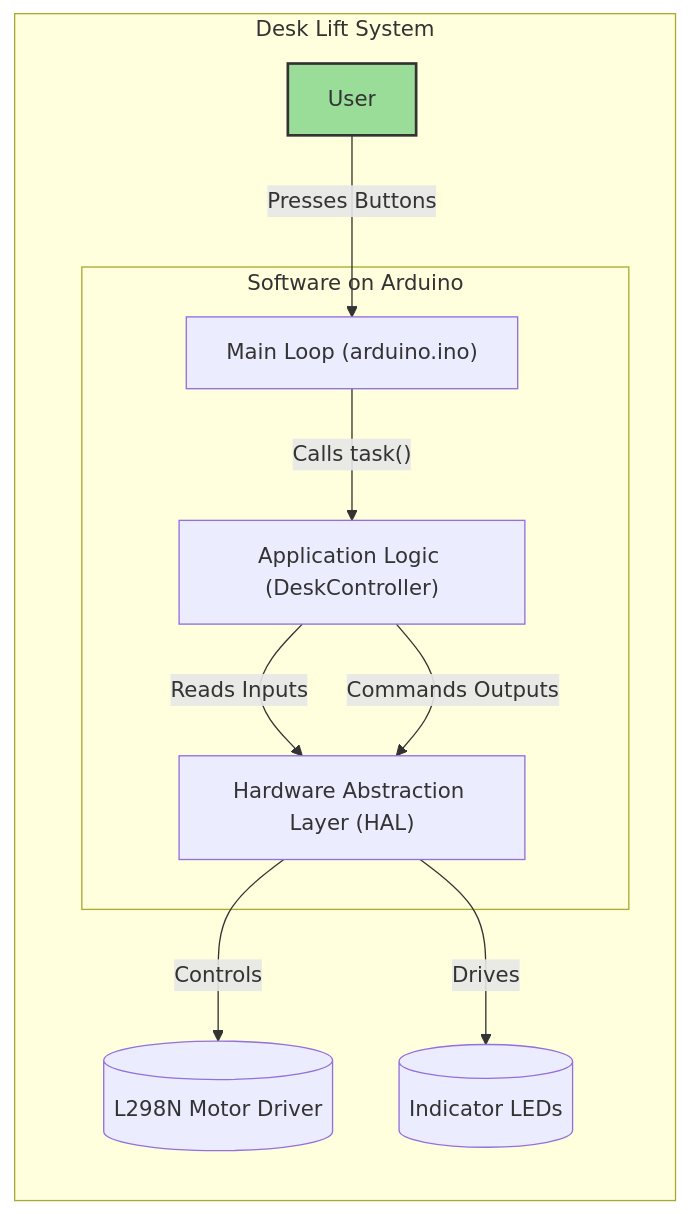
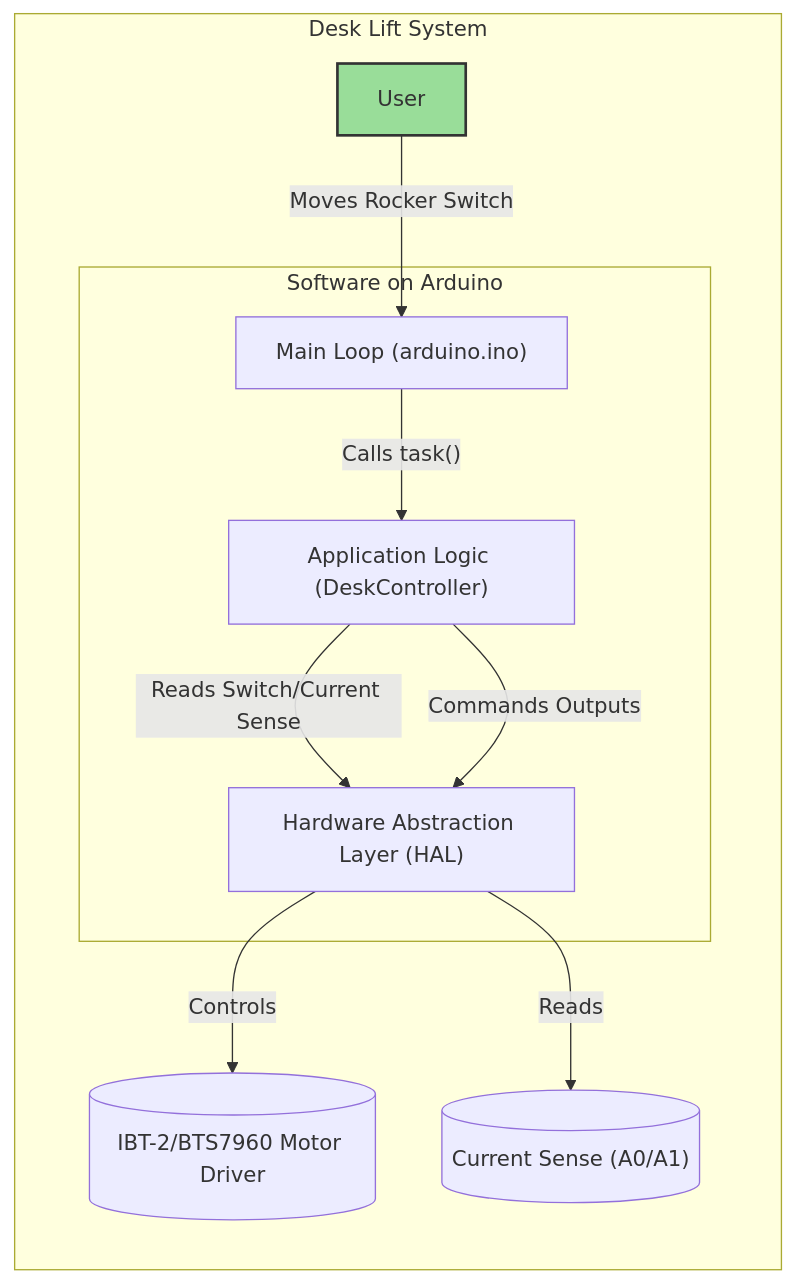
The seventh of 7 diagrams in documentation/SoftwareArchitecture.md (aperico/deskautomation), drawn with Mermaid before and after one commit. The commit also changed other lines of this file and 17 other files, not shown here.

````diff
--- a/documentation/SoftwareArchitecture.md
+++ b/documentation/SoftwareArchitecture.md
@@ -1056,24 +1018,24 @@
 ```mermaid
 graph TD
     subgraph "Desk Lift System"
         direction TB
-        User -- "Presses Buttons" --> MainLoop
-        
+        User -- "Moves Rocker Switch" --> MainLoop
+
         subgraph "Software on Arduino"
             MainLoop["Main Loop (arduino.ino)"]
             AppLogic["Application Logic (DeskController)"]
             HAL["Hardware Abstraction Layer (HAL)"]
         end
 
         MainLoop -- "Calls task()" --> AppLogic
-        AppLogic -- "Reads Inputs" --> HAL
+        AppLogic -- "Reads Switch/Current Sense" --> HAL
         AppLogic -- "Commands Outputs" --> HAL
         HAL -- "Controls" --> MotorDriver
-        HAL -- "Drives" --> LEDs
+        HAL -- "Reads" --> CurrentSense
     end
 
-    MotorDriver[("L298N Motor Driver")]
-    LEDs[("Indicator LEDs")]
+    MotorDriver[("IBT-2/BTS7960 Motor Driver")]
+    CurrentSense[("Current Sense (A0/A1)")]
 
     style User fill:#9d9,stroke:#333,stroke-width:2px
 ```
````
